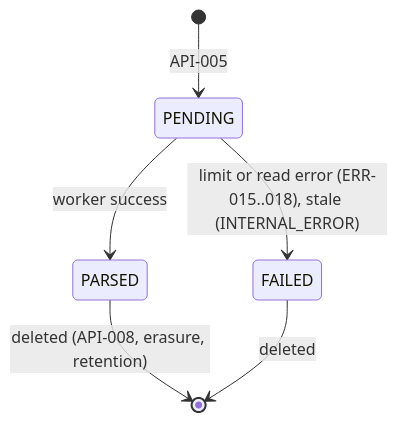
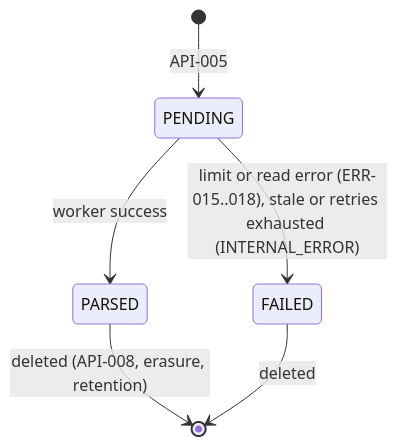
The eighth of 10 diagrams in neeraj/spec.md (divii-school/spec-homework), drawn with Mermaid before and after one commit. The commit also changed other lines of this file and 1 other file, not shown here.

````diff
--- a/neeraj/spec.md
+++ b/neeraj/spec.md
@@ -864,8 +933,8 @@
 ```mermaid
 stateDiagram-v2
   [*] --> PENDING: API-005
   PENDING --> PARSED: worker success
-  PENDING --> FAILED: limit or read error (ERR-015..018), stale (INTERNAL_ERROR)
+  PENDING --> FAILED: limit or read error (ERR-015..018), stale or retries exhausted (INTERNAL_ERROR)
   PARSED --> [*]: deleted (API-008, erasure, retention)
   FAILED --> [*]: deleted
 ```
````
